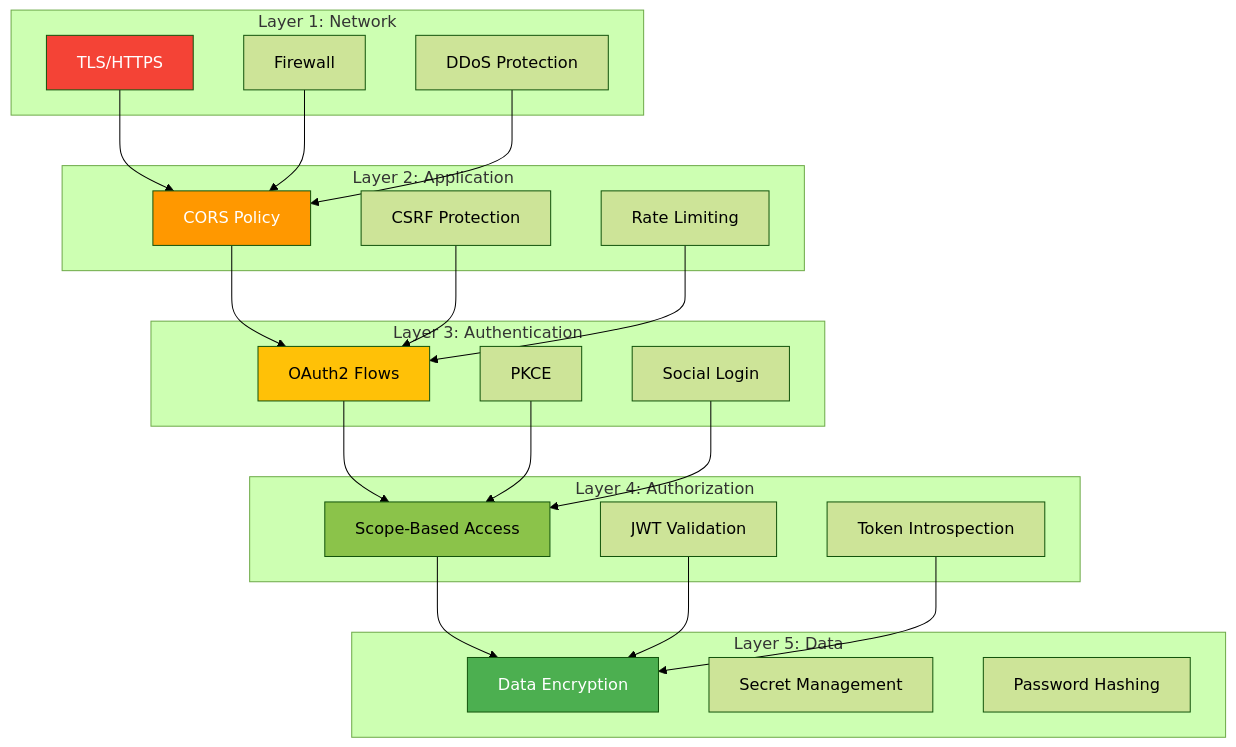
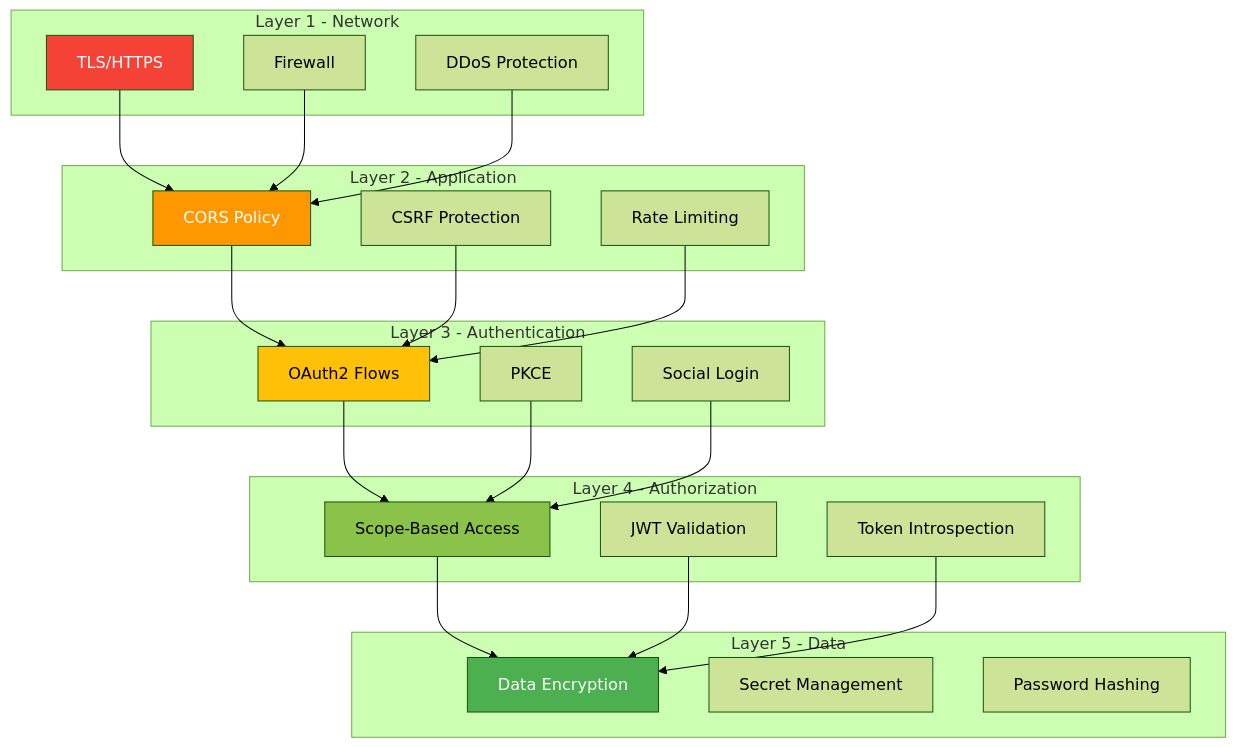
The sixth of 10 diagrams in docs/architecture/overview.md (ianlintner/rust_oauth2), drawn with Mermaid (forest theme) before and after one commit. The commit also changed other lines of this file and 9 other files, not shown here.

Commit message:
Fix mermaid diagram labels and improve markdown formatting across documentation

````diff
--- a/docs/architecture/overview.md
+++ b/docs/architecture/overview.md
@@ -449,54 +449,54 @@
 ```mermaid
 graph TD
-    subgraph "Layer 1: Network"
+    subgraph Layer1[Layer 1 - Network]
         TLS[TLS/HTTPS]
         FW[Firewall]
         DDoS[DDoS Protection]
     end
     
-    subgraph "Layer 2: Application"
+    subgraph Layer2[Layer 2 - Application]
         CORS[CORS Policy]
         CSRF[CSRF Protection]
         RateLimit[Rate Limiting]
     end
     
-    subgraph "Layer 3: Authentication"
+    subgraph Layer3[Layer 3 - Authentication]
         OAuth2Flow[OAuth2 Flows]
         PKCE[PKCE]
         Social[Social Login]
     end
     
-    subgraph "Layer 4: Authorization"
+    subgraph Layer4[Layer 4 - Authorization]
         Scopes[Scope-Based Access]
         JWT[JWT Validation]
         TokenIntrospection[Token Introspection]
     end
     
-    subgraph "Layer 5: Data"
+    subgraph Layer5[Layer 5 - Data]
         Encryption[Data Encryption]
         SecretMgmt[Secret Management]
         Hashing[Password Hashing]
     end
     
     TLS --> CORS
     FW --> CORS
     DDoS --> CORS
     
     CORS --> OAuth2Flow
     CSRF --> OAuth2Flow
     RateLimit --> OAuth2Flow
     
     OAuth2Flow --> Scopes
     PKCE --> Scopes
     Social --> Scopes
     
     Scopes --> Encryption
     JWT --> Encryption
     TokenIntrospection --> Encryption
     
     style TLS fill:#f44336,color:#fff
     style CORS fill:#ff9800,color:#fff
     style OAuth2Flow fill:#ffc107
     style Scopes fill:#8bc34a
     style Encryption fill:#4caf50,color:#fff
 ```
````
